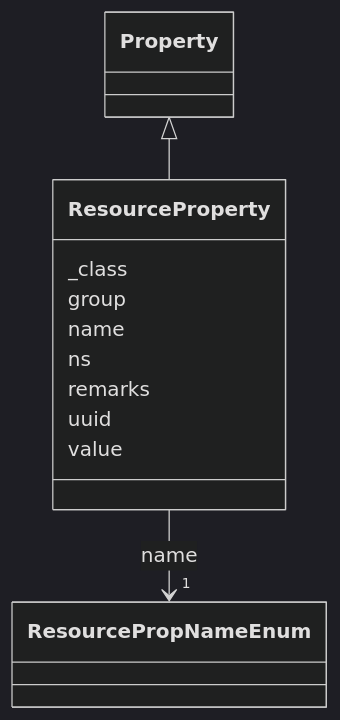
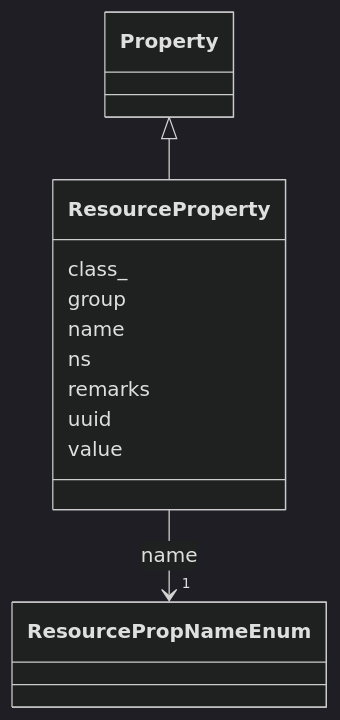
The diagram in project/mermaid/ResourceProperty.md (lmodel/oscal), drawn with Mermaid (dark theme) before and after one commit. The commit also changed 434 other files, not shown here.

Commit message:
fix(schema): stamp the modules for 1.2.3 and regenerate extended outputs

````diff
--- a/project/mermaid/ResourceProperty.md
+++ b/project/mermaid/ResourceProperty.md
@@ -4,32 +4,32 @@
 ```mermaid
  classDiagram
     class ResourceProperty
     click ResourceProperty href "../ResourceProperty"
       Property <|-- ResourceProperty
         click Property href "../Property"
       
-      ResourceProperty : _class
+      ResourceProperty : class_
         
       ResourceProperty : group
         
       ResourceProperty : name
         
           
     
         
         
         ResourceProperty --> "1" ResourcePropNameEnum : name
         click ResourcePropNameEnum href "../ResourcePropNameEnum"
     
 
         
       ResourceProperty : ns
         
       ResourceProperty : remarks
         
       ResourceProperty : uuid
         
       ResourceProperty : value
         
       
 ```
````
